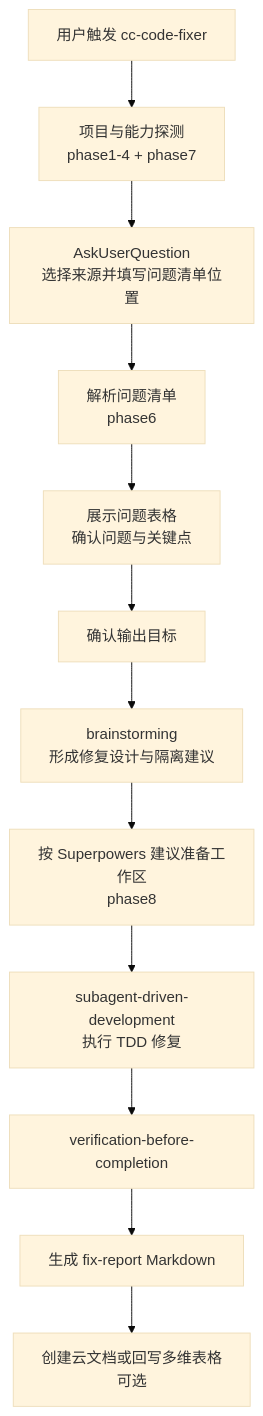
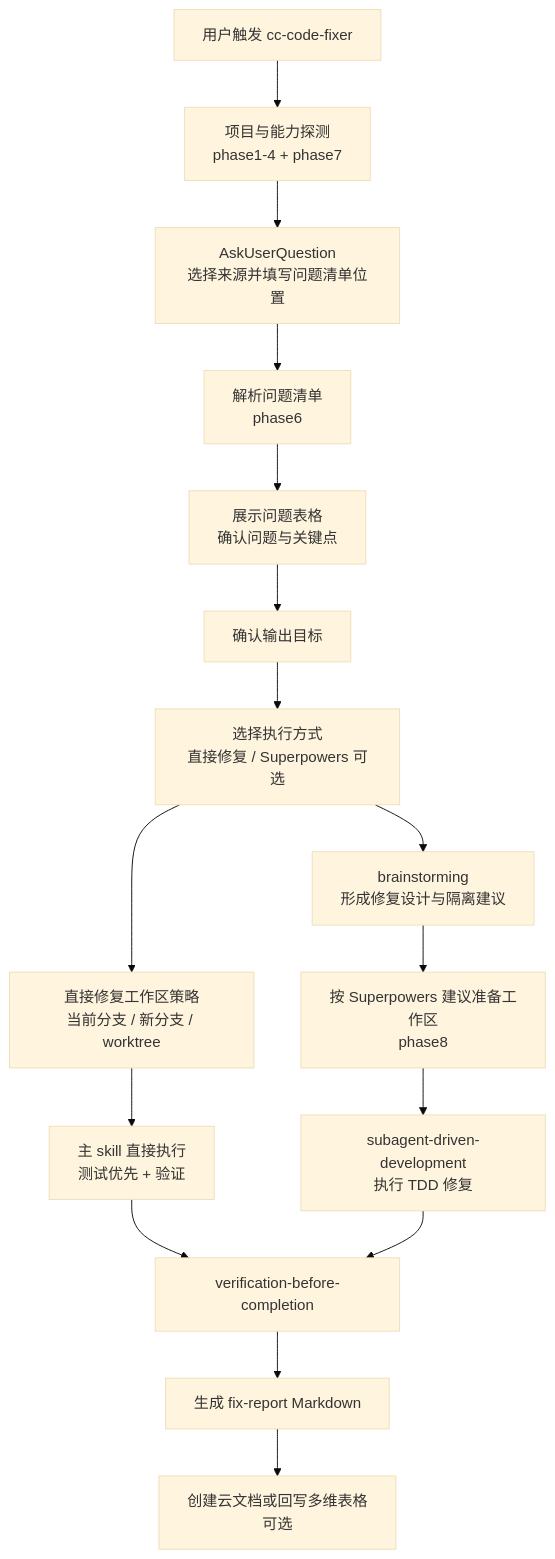
The second of 2 diagrams in README.md (ataskite/cc-code-reviewer), drawn with Mermaid (base theme) before and after one commit. The commit also changed other lines of this file and 4 other files, not shown here.

Commit message:
feat: make superpowers optional in fix flow

````diff
--- a/README.md
+++ b/README.md
@@ -357,27 +325,34 @@
 ```mermaid
 flowchart TD
     Start["用户触发 cc-code-fixer"]
     Project["项目与能力探测<br/>phase1-4 + phase7"]
     InputAsk["AskUserQuestion<br/>选择来源并填写问题清单位置"]
     Input["解析问题清单<br/>phase6"]
     Confirm["展示问题表格<br/>确认问题与关键点"]
     Output["确认输出目标"]
+    Route["选择执行方式<br/>直接修复 / Superpowers 可选"]
+    DirectWorkspace["直接修复工作区策略<br/>当前分支 / 新分支 / worktree"]
+    DirectFix["主 skill 直接执行<br/>测试优先 + 验证"]
     Brainstorm["brainstorming<br/>形成修复设计与隔离建议"]
     Workspace["按 Superpowers 建议准备工作区<br/>phase8"]
     SubAgentDriven["subagent-driven-development<br/>执行 TDD 修复"]
     Verify["verification-before-completion"]
     Report["生成 fix-report Markdown"]
     Lark["创建云文档或回写多维表格<br/>可选"]
 
     Start --> Project
     Project --> InputAsk
     InputAsk --> Input
     Input --> Confirm
     Confirm --> Output
-    Output --> Brainstorm
+    Output --> Route
+    Route --> DirectWorkspace
+    DirectWorkspace --> DirectFix
+    DirectFix --> Verify
+    Route --> Brainstorm
     Brainstorm --> Workspace
     Workspace --> SubAgentDriven
     SubAgentDriven --> Verify
     Verify --> Report
     Report --> Lark
 ```
````
